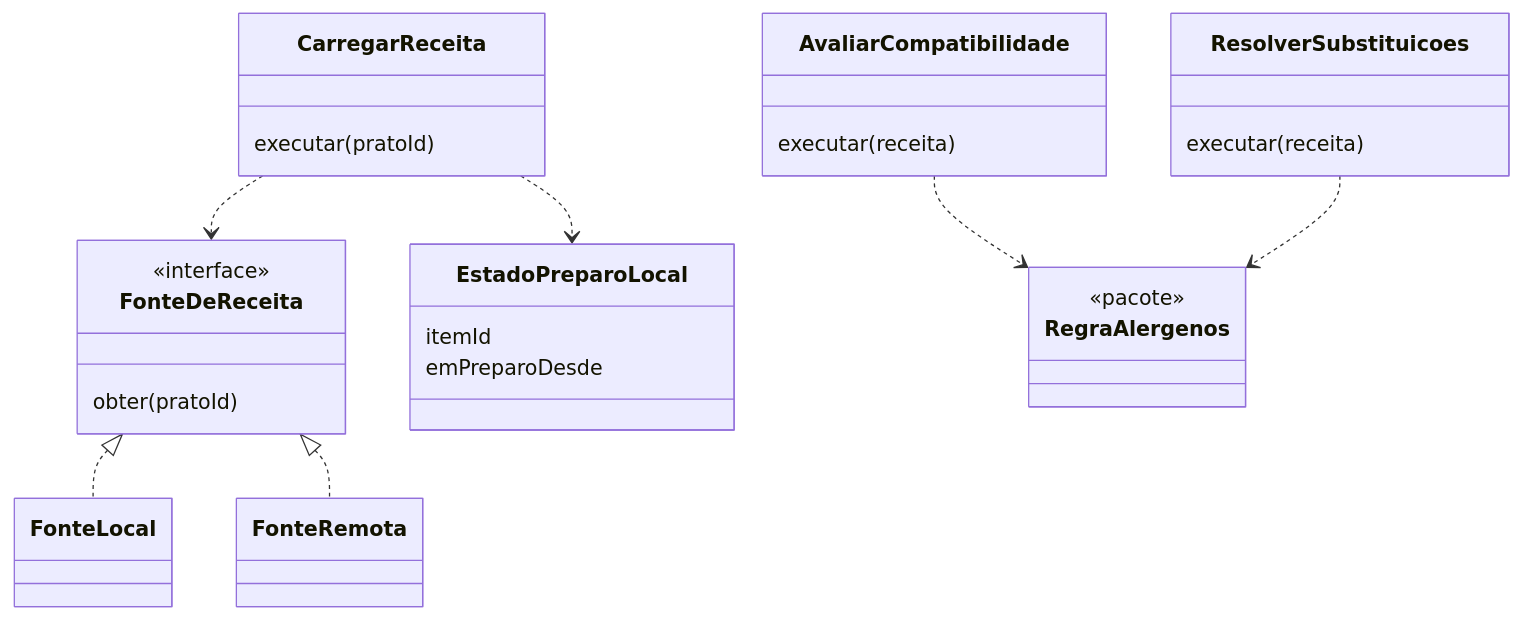
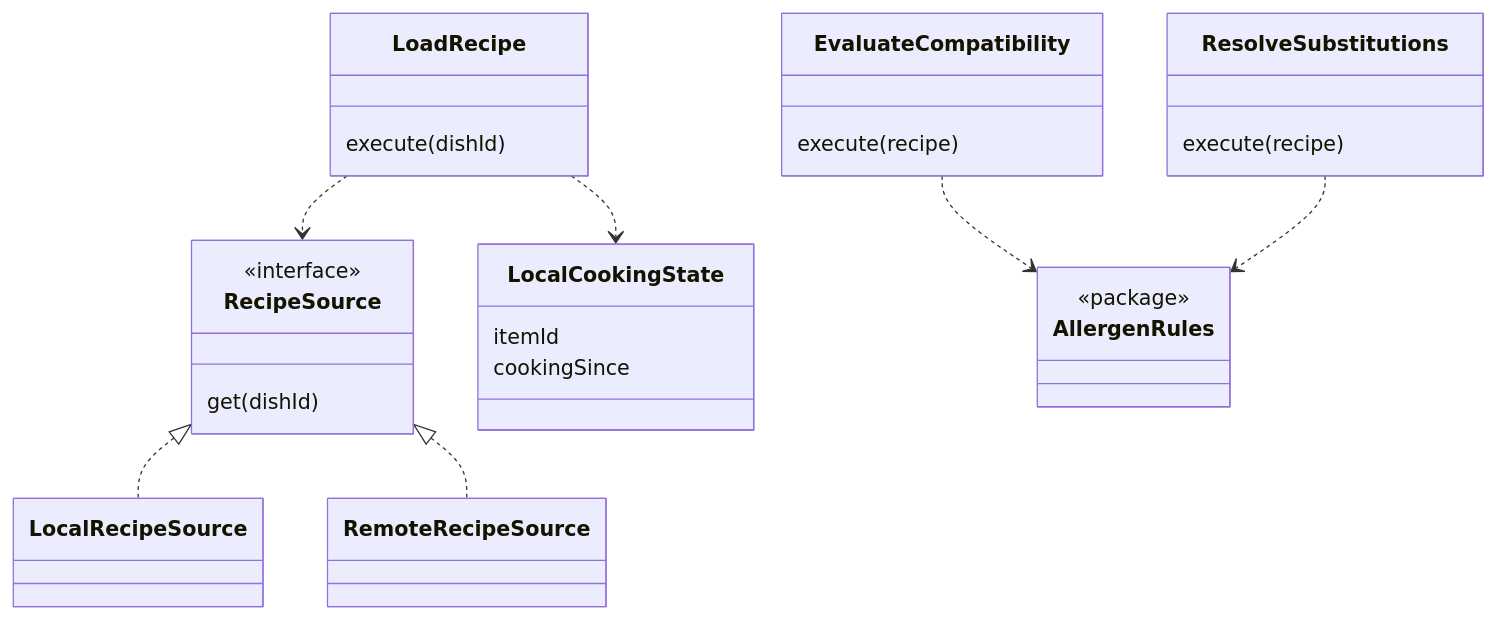
Before and after one commit to AnnyFilgueiras/projeto_tsi: the tenth of 11 diagrams in docs/fase2/2.6-diagramas_fluxos_contratos/diagrama-classes.md, drawn with Mermaid. The commit also changed other lines of this file and 4 other files, not shown here.

Commit message:
docs: update class diagram and sequences to v1.1 (English identifiers, Tx)

````diff
--- a/docs/fase2/2.6-diagramas_fluxos_contratos/diagrama-classes.md
+++ b/docs/fase2/2.6-diagramas_fluxos_contratos/diagrama-classes.md
@@ -582,31 +601,31 @@
 ```mermaid
 classDiagram
-  class CarregarReceita {
-    executar(pratoId)
+  class LoadRecipe {
+    execute(dishId)
   }
-  class FonteDeReceita {
+  class RecipeSource {
     <<interface>>
-    obter(pratoId)
+    get(dishId)
   }
-  class FonteLocal
-  class FonteRemota
-  class AvaliarCompatibilidade {
-    executar(receita)
+  class LocalRecipeSource
+  class RemoteRecipeSource
+  class EvaluateCompatibility {
+    execute(recipe)
   }
-  class ResolverSubstituicoes {
-    executar(receita)
+  class ResolveSubstitutions {
+    execute(recipe)
   }
-  class EstadoPreparoLocal {
+  class LocalCookingState {
     itemId
-    emPreparoDesde
+    cookingSince
   }
-  class RegraAlergenos {
-    <<pacote>>
+  class AllergenRules {
+    <<package>>
   }
-  CarregarReceita ..> FonteDeReceita
-  FonteDeReceita <|.. FonteLocal
-  FonteDeReceita <|.. FonteRemota
-  AvaliarCompatibilidade ..> RegraAlergenos
-  ResolverSubstituicoes ..> RegraAlergenos
-  CarregarReceita ..> EstadoPreparoLocal
+  LoadRecipe ..> RecipeSource
+  RecipeSource <|.. LocalRecipeSource
+  RecipeSource <|.. RemoteRecipeSource
+  EvaluateCompatibility ..> AllergenRules
+  ResolveSubstitutions ..> AllergenRules
+  LoadRecipe ..> LocalCookingState
 ```
````
